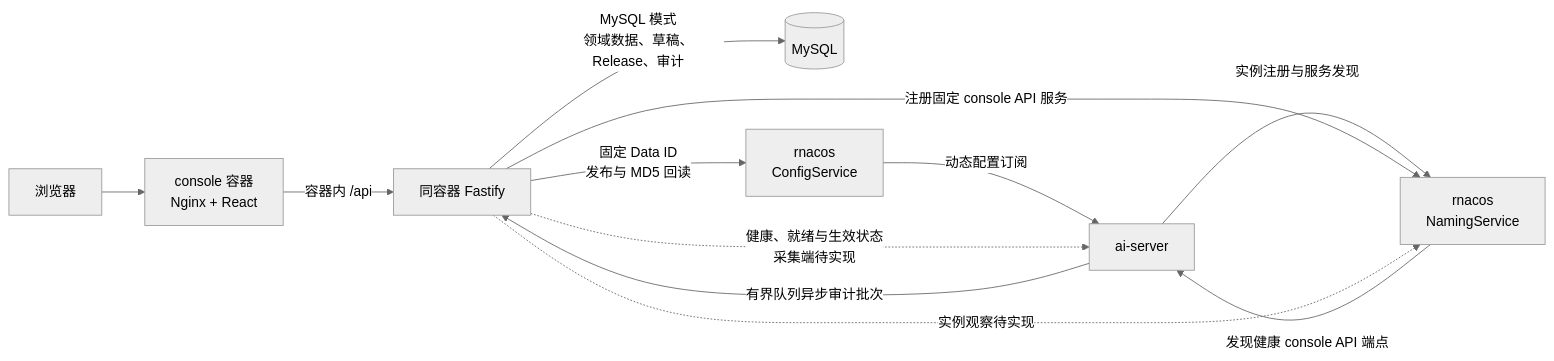
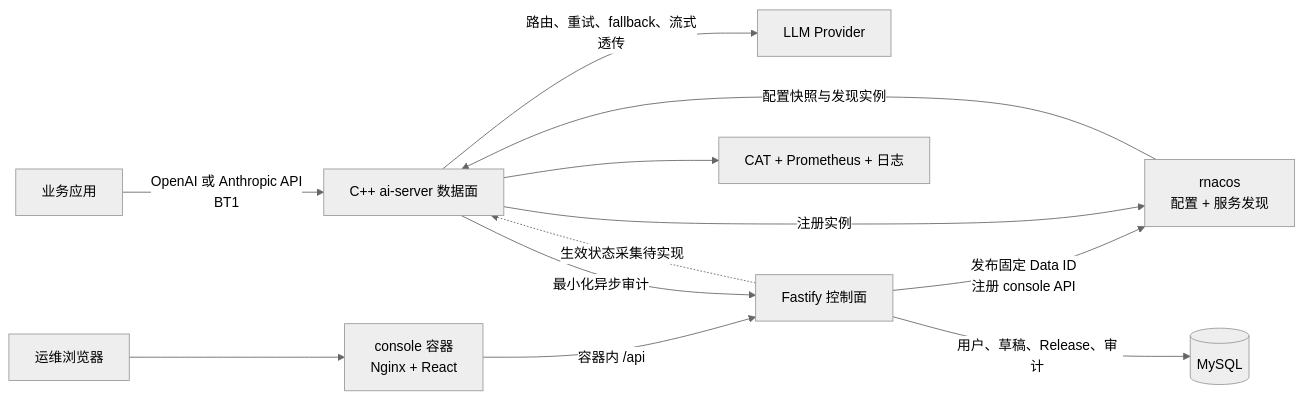
The diagram in README.zh-CN.md (fiber-net-gateway/ai-gateway), drawn with Mermaid (neutral theme) before and after one commit. The commit also changed other lines of this file and 1 other file, not shown here.

````diff
--- a/README.zh-CN.md
+++ b/README.zh-CN.md
@@ -26,14 +34,14 @@
 ```mermaid
 flowchart LR
-    B[浏览器] --> W[console 容器<br/>Nginx + React]
-    W -->|容器内 /api| A[同容器 Fastify]
-    A -->|MySQL 模式<br/>领域数据、草稿、Release、审计| D[(MySQL)]
-    A -->|固定 Data ID<br/>发布与 MD5 回读| C[rnacos<br/>ConfigService]
-    C -->|动态配置订阅| S[ai-server]
-    S -->|实例注册与服务发现| N[rnacos<br/>NamingService]
-    A -->|注册固定 console API 服务| N
-    N -->|发现健康 console API 端点| S
-    S -->|有界队列异步审计批次| A
-    A -.->|健康、就绪与生效状态<br/>采集端待实现| S
-    A -.->|实例观察待实现| N
+    U[业务应用] -->|OpenAI 或 Anthropic API<br/>BT1| S[C++ ai-server 数据面]
+    S -->|路由、重试、fallback、流式透传| P[LLM Provider]
+    B[运维浏览器] --> W[console 容器<br/>Nginx + React]
+    W -->|容器内 /api| A[Fastify 控制面]
+    A -->|用户、草稿、Release、审计| D[(MySQL)]
+    A -->|发布固定 Data ID<br/>注册 console API| R[rnacos<br/>配置 + 服务发现]
+    R -->|配置快照与发现实例| S
+    S -->|注册实例| R
+    S -->|最小化异步审计| A
+    S --> O[CAT + Prometheus + 日志]
+    A -.->|生效状态采集待实现| S
 ```
````
